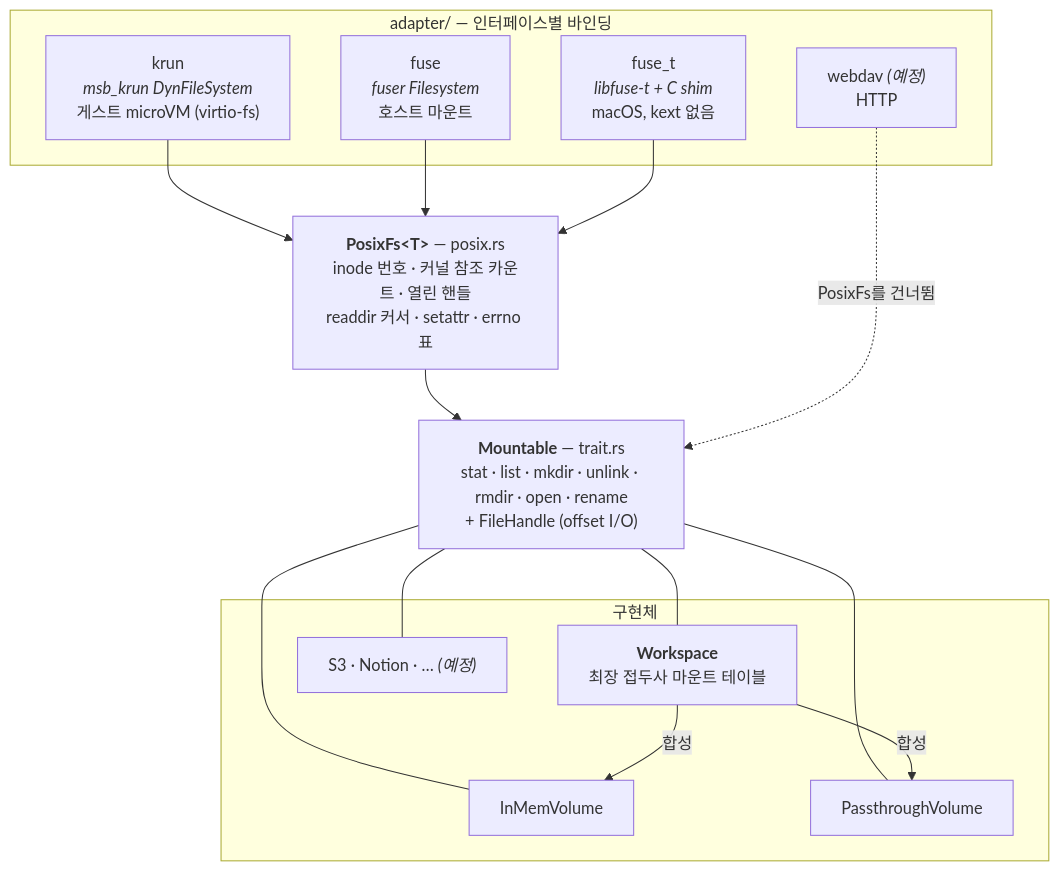
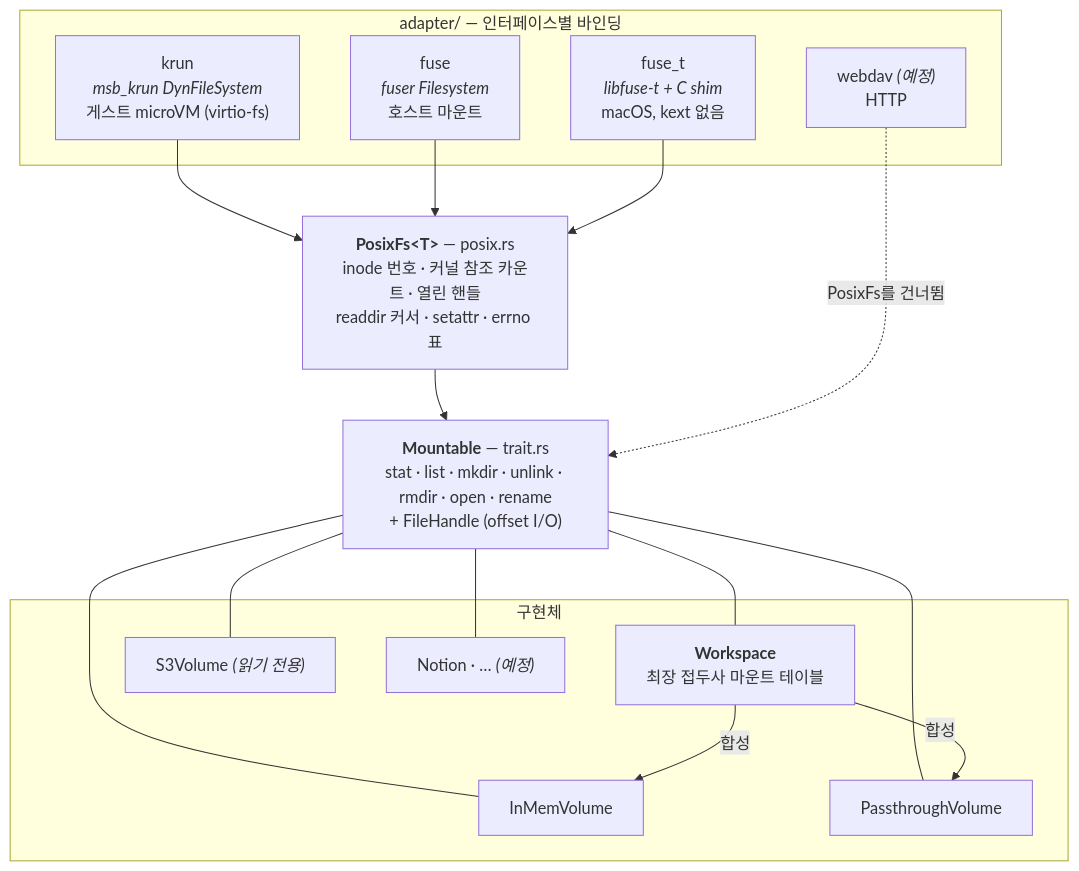
Before and after one commit to brekkylab/cortex: the diagram in ARCHITECTURE.md, drawn with Mermaid. The commit also changed 7 other files, not shown here.

````diff
--- a/ARCHITECTURE.md
+++ b/ARCHITECTURE.md
@@ -13,32 +13,34 @@
 ```mermaid
 flowchart TB
     subgraph surface["adapter/ — 인터페이스별 바인딩"]
         krun["krun<br/><i>msb_krun DynFileSystem</i><br/>게스트 microVM (virtio-fs)"]
         fuse["fuse<br/><i>fuser Filesystem</i><br/>호스트 마운트"]
         fuset["fuse_t<br/><i>libfuse-t + C shim</i><br/>macOS, kext 없음"]
         dav["webdav <i>(예정)</i><br/>HTTP"]
     end
 
     posix["<b>PosixFs&lt;T&gt;</b> — posix.rs<br/>inode 번호 · 커널 참조 카운트 · 열린 핸들<br/>readdir 커서 · setattr · errno 표"]
 
     mountable["<b>Mountable</b> — trait.rs<br/>stat · list · mkdir · unlink · rmdir · open · rename<br/>+ FileHandle (offset I/O)"]
 
     subgraph backends["구현체"]
         ws["<b>Workspace</b><br/>최장 접두사 마운트 테이블"]
         mem["InMemVolume"]
         pass["PassthroughVolume"]
-        future["S3 · Notion · … <i>(예정)</i>"]
+        s3["S3Volume <i>(읽기 전용)</i>"]
+        future["Notion · … <i>(예정)</i>"]
     end
 
     krun --> posix
     fuse --> posix
     fuset --> posix
     posix --> mountable
     dav -.->|"PosixFs를 건너뜀"| mountable
     mountable --- ws
     mountable --- mem
     mountable --- pass
+    mountable --- s3
     mountable --- future
     ws -->|"합성"| mem
     ws -->|"합성"| pass
 ```
````
